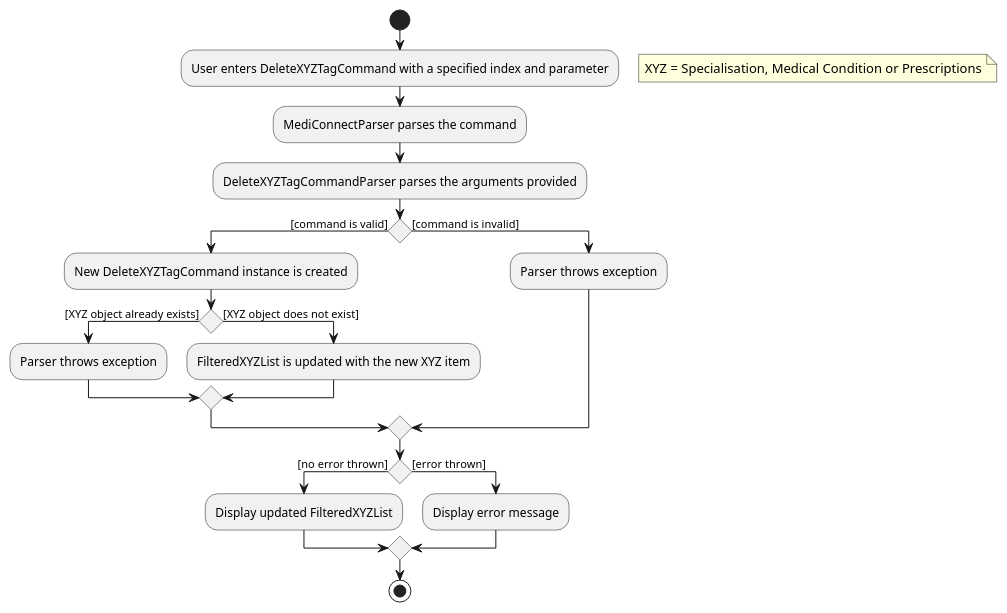
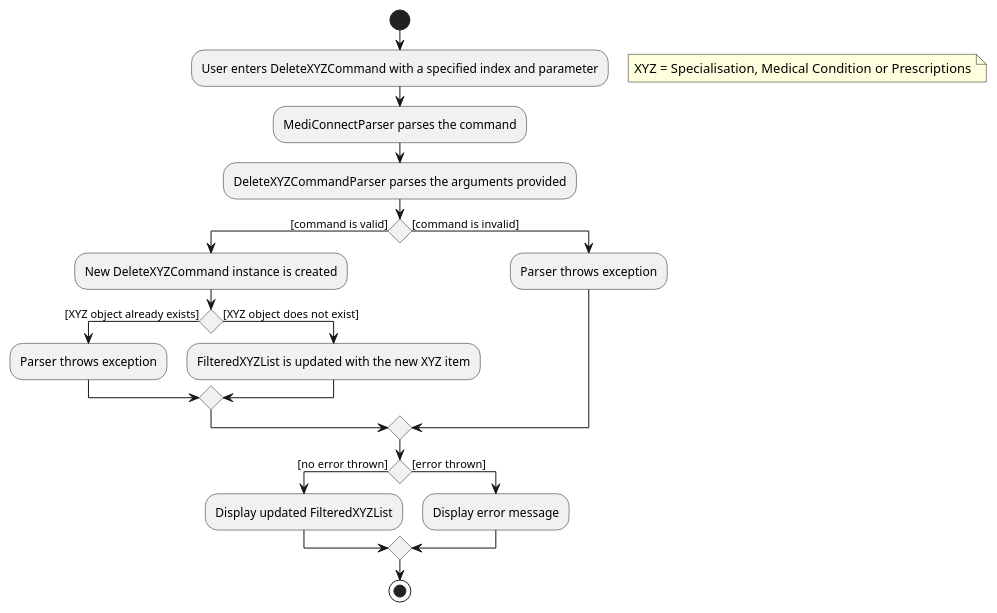
One commit to yanghengtang/tp changed the diagram in docs/diagrams/DeleteXYZTagActivityDiagram.puml. Above: the diagram before and after it, drawn with PlantUML. The commit also changed 1 other file, not shown here.

Commit message:
Update Delete XYZTagActivityDiagram

```diff
--- a/docs/diagrams/DeleteXYZTagActivityDiagram.puml
+++ b/docs/diagrams/DeleteXYZTagActivityDiagram.puml
@@ -1,28 +1,28 @@
 @startuml
 'https://plantuml.com/activity-diagram-beta
 
 start
-:User enters DeleteXYZTagCommand with a specified index and parameter;
+:User enters DeleteXYZCommand with a specified index and parameter;
 floating note right
     XYZ = Specialisation, Medical Condition or Prescriptions
 end note
 :MediConnectParser parses the command;
-:DeleteXYZTagCommandParser parses the arguments provided;
+:DeleteXYZCommandParser parses the arguments provided;
 if () then ([command is valid])
-  :New DeleteXYZTagCommand instance is created;
+  :New DeleteXYZCommand instance is created;
   if () then ([XYZ object already exists])
     :Parser throws exception;
   else ([XYZ object does not exist])
   :FilteredXYZList is updated with the new XYZ item;
   endif
 else ([command is invalid])
   :Parser throws exception;
 endif
 if () then ([no error thrown])
   :Display updated FilteredXYZList;
 else ([error thrown])
   :Display error message;
 endif
 stop
 
 @enduml
```
